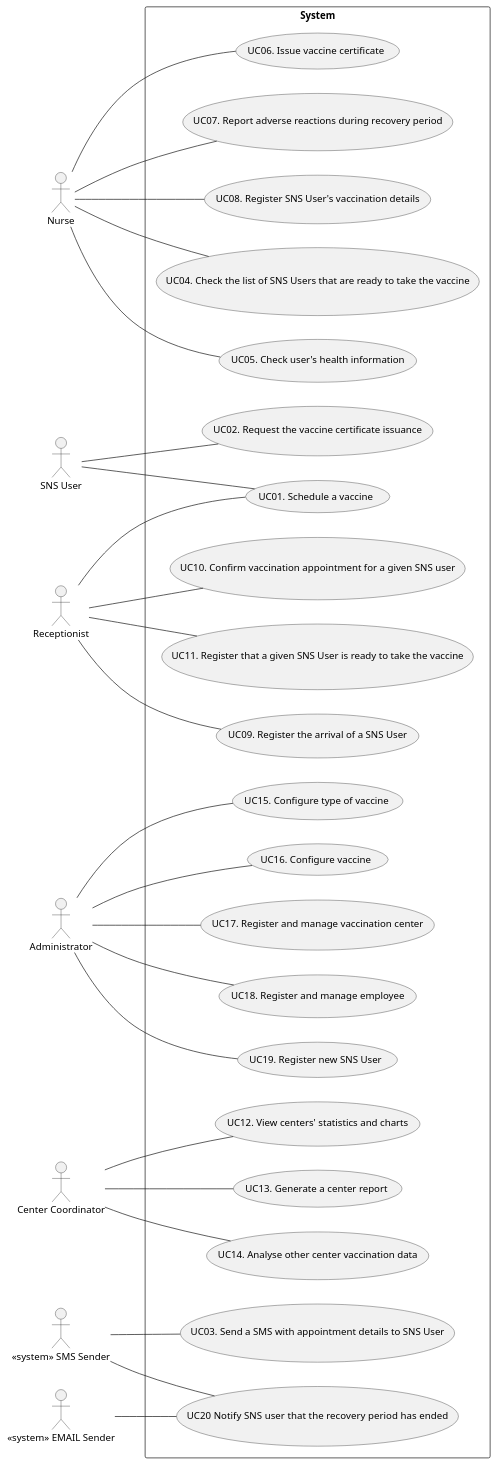
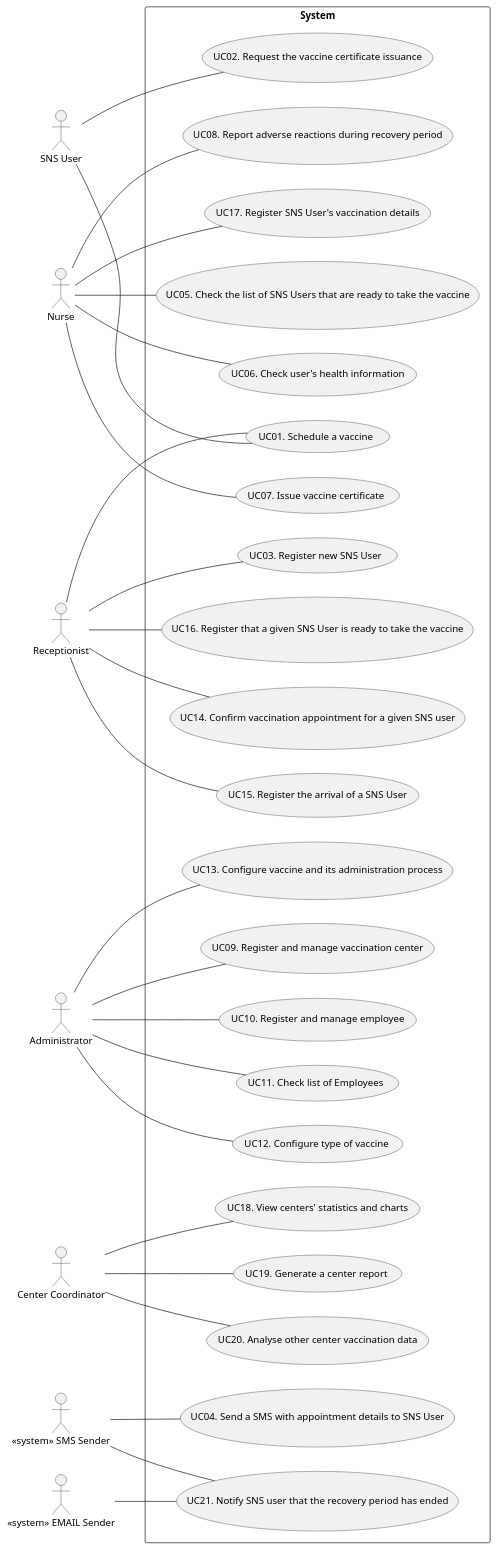
Before and after one commit to miseEnPlace-i/lapr2: the diagram in docs/SprintA/UCD.puml, drawn with PlantUML.

Commit message:
docs(ucd): numeration changes

```diff
--- a/docs/SprintA/UCD.puml
+++ b/docs/SprintA/UCD.puml
@@ -1,59 +1,61 @@
 @startuml UCD
 
 left to right direction
 
 actor "SNS User" as user
 actor "Nurse" as nurse
 actor "Receptionist" as recept
 actor "Administrator" as admin
 actor "Center Coordinator" as coordinator
 actor "<< system >> SMS Sender" as dgs
 actor "<< system >> EMAIL Sender" as dgsEmail
 
 rectangle System {
   usecase "UC01. Schedule a vaccine" as UC01
   usecase "UC02. Request the vaccine certificate issuance" as UC02
-  usecase "UC03. Send a SMS with appointment details to SNS User" as UC03
-  usecase "UC04. Check the list of SNS Users that are ready to take the vaccine" as UC05
-  usecase "UC05. Check user's health information" as UC06
-  usecase "UC06. Issue vaccine certificate" as UC07
-  usecase "UC07. Report adverse reactions during recovery period" as UC08
-  usecase "UC08. Register SNS User's vaccination details" as UC09
-  usecase "UC09. Register the arrival of a SNS User" as UC10
-  usecase "UC10. Confirm vaccination appointment for a given SNS user" as UC11
-  usecase "UC11. Register that a given SNS User is ready to take the vaccine" as UC12
-  usecase "UC12. View centers' statistics and charts" as UC13
-  usecase "UC13. Generate a center report" as UC14
-  usecase "UC14. Analyse other center vaccination data" as UC15
-  usecase "UC15. Configure type of vaccine" as UC16
-  usecase "UC16. Configure vaccine" as UC17
-  usecase "UC17. Register and manage vaccination center" as UC18
-  usecase "UC18. Register and manage employee" as UC19
-  usecase "UC19. Register new SNS User" as UC20
-  usecase "UC20  Notify SNS user that the recovery period has ended" as UC21
+  usecase "UC03. Register new SNS User" as UC20
+  usecase "UC04. Send a SMS with appointment details to SNS User" as UC03
+  usecase "UC05. Check the list of SNS Users that are ready to take the vaccine" as UC05
+  usecase "UC06. Check user's health information" as UC06
+  usecase "UC07. Issue vaccine certificate" as UC07
+  usecase "UC08. Report adverse reactions during recovery period" as UC08
+  usecase "UC09. Register and manage vaccination center" as UC18
+  usecase "UC10. Register and manage employee" as UC19
+  usecase "UC11. Check list of Employees" as UC22
+  usecase "UC12. Configure type of vaccine" as UC16
+  usecase "UC13. Configure vaccine and its administration process" as UC17
+  usecase "UC14. Confirm vaccination appointment for a given SNS user" as UC11
+  usecase "UC15. Register the arrival of a SNS User" as UC10
+  usecase "UC16. Register that a given SNS User is ready to take the vaccine" as UC12
+  usecase "UC17. Register SNS User's vaccination details" as UC09
+  usecase "UC18. View centers' statistics and charts" as UC13
+  usecase "UC19. Generate a center report" as UC14
+  usecase "UC20. Analyse other center vaccination data" as UC15
+  usecase "UC21. Notify SNS user that the recovery period has ended" as UC21
 }
 
 user -- UC01
 user -- UC02
 dgs -- UC03
 recept -- UC01
+recept -- UC20
 nurse -- UC05
 nurse -- UC06
 nurse -- UC07
 nurse -- UC08
 nurse -- UC09
 recept -- UC10
 recept -- UC11
 recept -- UC12
 coordinator -- UC13
 coordinator -- UC14
 coordinator -- UC15
 admin -- UC16
 admin -- UC17
 admin -- UC18
 admin -- UC19
-admin -- UC20
+admin -- UC22
 dgs -- UC21
 dgsEmail -- UC21
 
 @enduml
```
